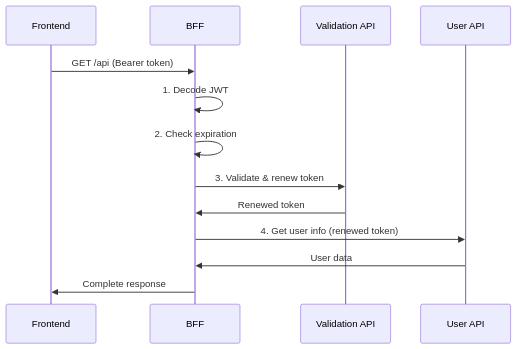
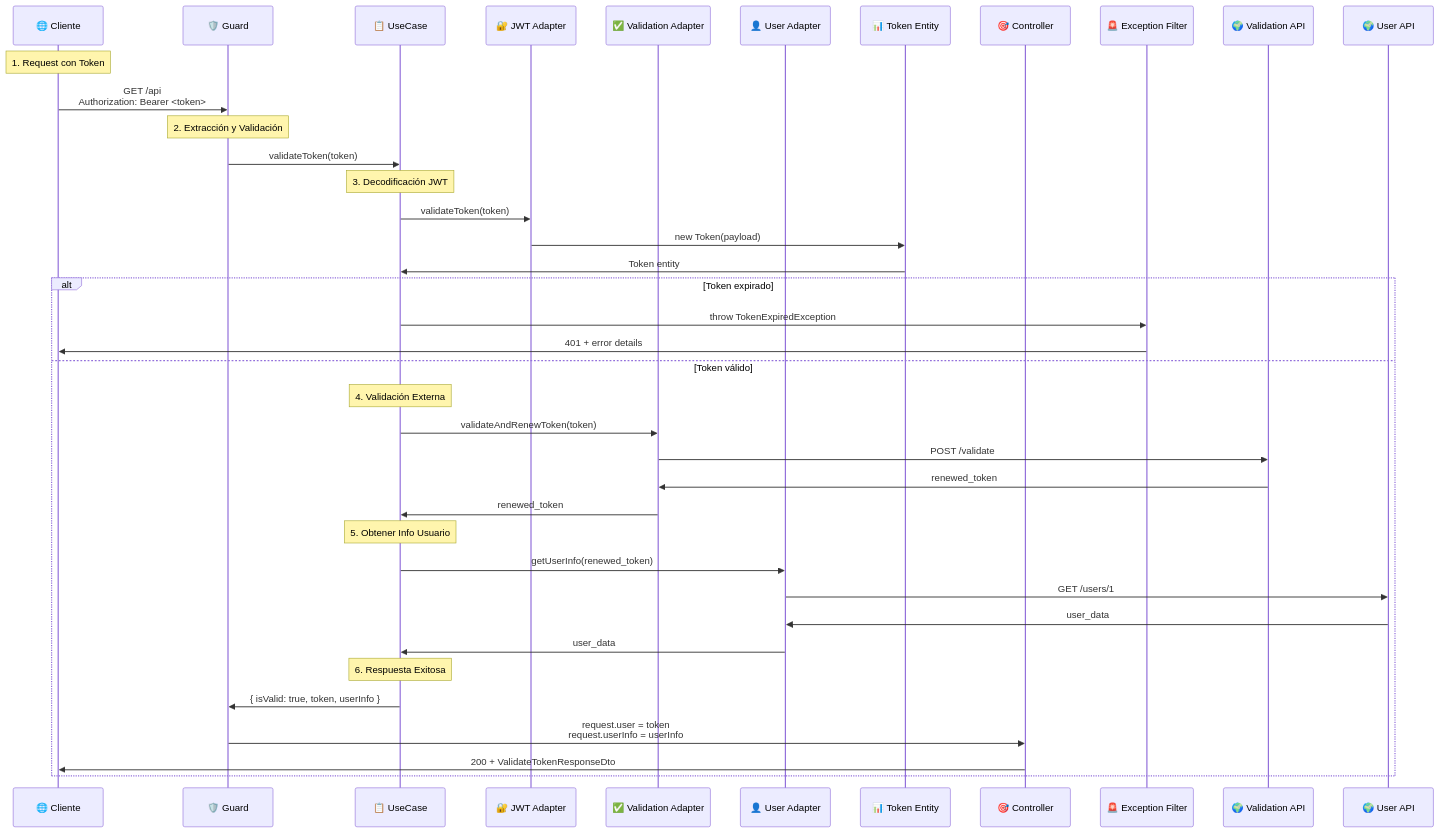
The second of 3 diagrams in README.md (GaianiMagali/BFF-NestJs), drawn with Mermaid before and after one commit. The commit also changed other lines of this file and 24 other files, not shown here.

````diff
--- a/README.md
+++ b/README.md
@@ -47,16 +97,47 @@
 ```mermaid
 sequenceDiagram
-    participant F as Frontend
-    participant BFF as BFF
-    participant VA as Validation API
-    participant UA as User API
+    participant C as 🌐 Cliente
+    participant G as 🛡️ Guard
+    participant UC as 📋 UseCase
+    participant JWT as 🔐 JWT Adapter
+    participant VA as ✅ Validation Adapter
+    participant UA as 👤 User Adapter
+    participant E as 📊 Token Entity
+    participant Ctrl as 🎯 Controller
+    participant F as 🚨 Exception Filter
+    participant ExtAPI1 as 🌍 Validation API
+    participant ExtAPI2 as 🌍 User API
 
-    F->>BFF: GET /api (Bearer token)
-    BFF->>BFF: 1. Decode JWT
-    BFF->>BFF: 2. Check expiration
-    BFF->>VA: 3. Validate & renew token
-    VA->>BFF: Renewed token
-    BFF->>UA: 4. Get user info (renewed token)
-    UA->>BFF: User data
-    BFF->>F: Complete response
+    Note over C: 1. Request con Token
+    C->>G: GET /api<br/>Authorization: Bearer <token>
+    
+    Note over G: 2. Extracción y Validación
+    G->>UC: validateToken(token)
+    
+    Note over UC: 3. Decodificación JWT
+    UC->>JWT: validateToken(token)
+    JWT->>E: new Token(payload)
+    E->>UC: Token entity
+    
+    alt Token expirado
+        UC->>F: throw TokenExpiredException
+        F->>C: 401 + error details
+    else Token válido
+        Note over UC: 4. Validación Externa
+        UC->>VA: validateAndRenewToken(token)
+        VA->>ExtAPI1: POST /validate
+        ExtAPI1->>VA: renewed_token
+        VA->>UC: renewed_token
+        
+        Note over UC: 5. Obtener Info Usuario
+        UC->>UA: getUserInfo(renewed_token)
+        UA->>ExtAPI2: GET /users/1
+        ExtAPI2->>UA: user_data
+        UA->>UC: user_data
+        
+        Note over UC: 6. Respuesta Exitosa
+        UC->>G: { isValid: true, token, userInfo }
+        G->>Ctrl: request.user = token<br/>request.userInfo = userInfo
+        Ctrl->>C: 200 + ValidateTokenResponseDto
+    end
 ```
````
